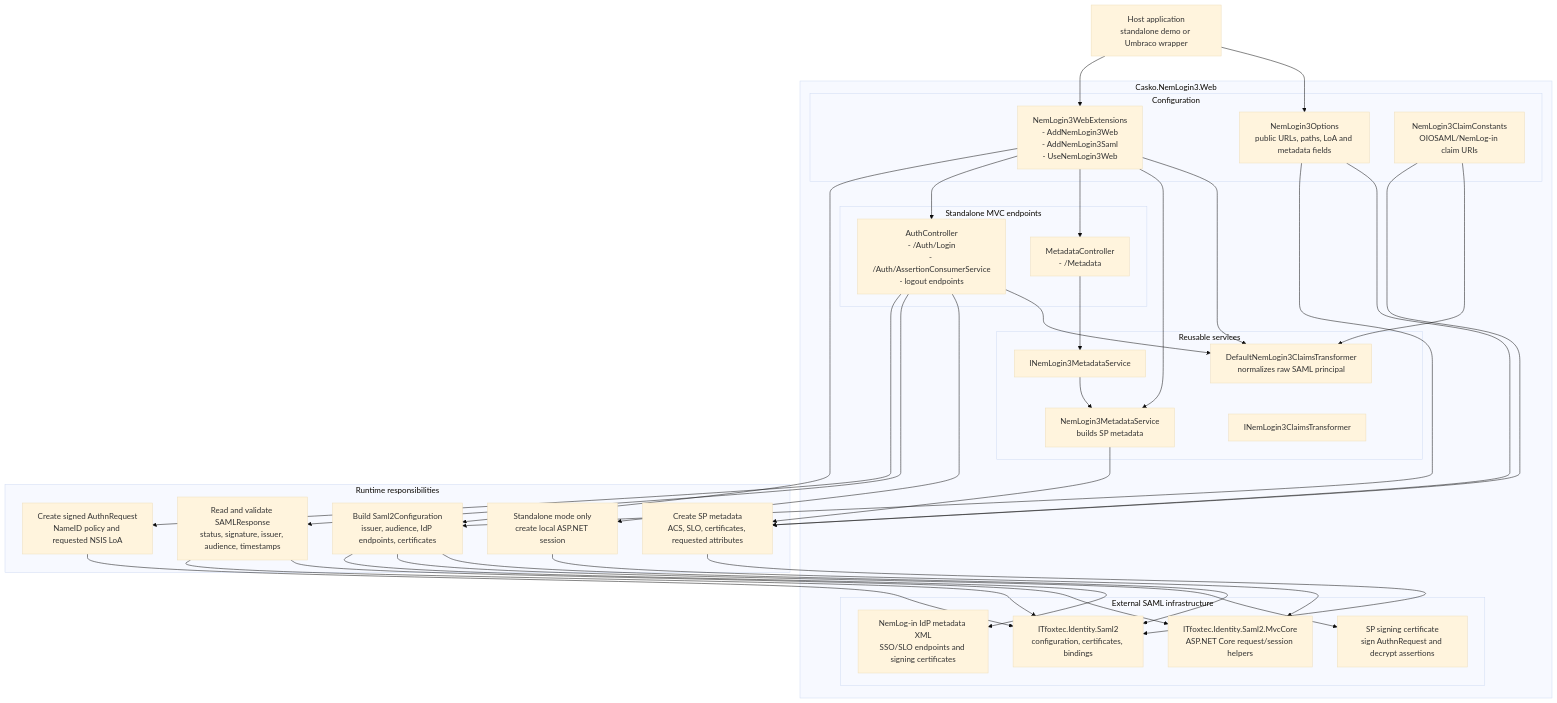
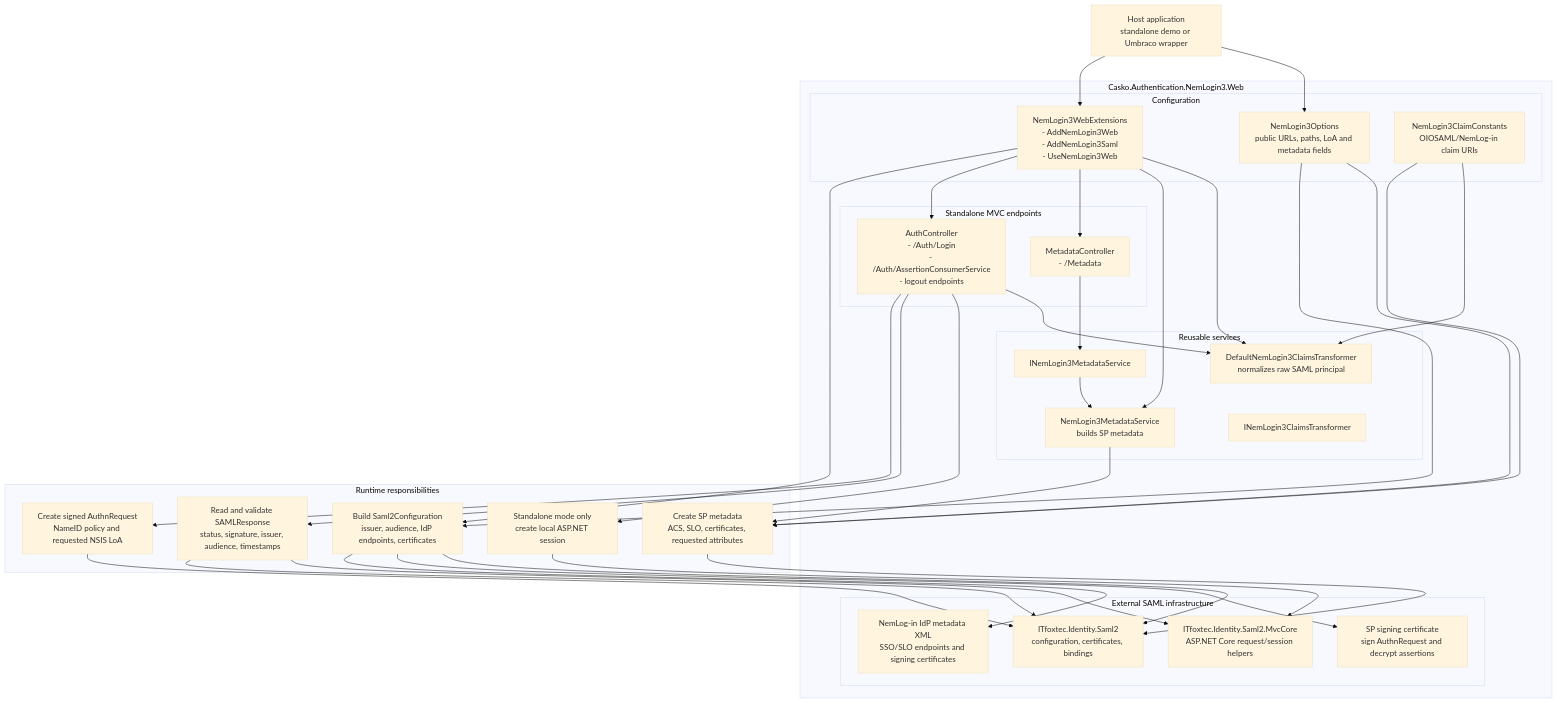
One commit to hallojoe/nemlogin3-for-umbraco changed the diagram in CASKO_NEMLOGIN3_WEB_STRUCTURE.MERMAID.md. Above: the diagram before and after it, drawn with Mermaid (base theme). The commit also changed other lines of this file and 3 other files, not shown here.

Commit message:
Rename `Casko.NemLogin3.Web` to `Casko.Authentication.NemLogin3.Web`.

````diff
--- a/CASKO_NEMLOGIN3_WEB_STRUCTURE.MERMAID.md
+++ b/CASKO_NEMLOGIN3_WEB_STRUCTURE.MERMAID.md
@@ -3,72 +3,72 @@
 ```mermaid
 flowchart TB
     Host["Host application<br/>standalone demo or Umbraco wrapper"]
 
-    subgraph Package["Casko.NemLogin3.Web"]
+    subgraph Package["Casko.Authentication.NemLogin3.Web"]
         subgraph Configuration["Configuration"]
             Extensions["NemLogin3WebExtensions<br/>- AddNemLogin3Web<br/>- AddNemLogin3Saml<br/>- UseNemLogin3Web"]
             Options["NemLogin3Options<br/>public URLs, paths, LoA and metadata fields"]
             ClaimConstants["NemLogin3ClaimConstants<br/>OIOSAML/NemLog-in claim URIs"]
         end
 
         subgraph Controllers["Standalone MVC endpoints"]
             AuthController["AuthController<br/>- /Auth/Login<br/>- /Auth/AssertionConsumerService<br/>- logout endpoints"]
             MetadataController["MetadataController<br/>- /Metadata"]
         end
 
         subgraph Services["Reusable services"]
             MetadataInterface["INemLogin3MetadataService"]
             MetadataService["NemLogin3MetadataService<br/>builds SP metadata"]
             ClaimsInterface["INemLogin3ClaimsTransformer"]
             ClaimsTransformer["DefaultNemLogin3ClaimsTransformer<br/>normalizes raw SAML principal"]
         end
 
         subgraph ExternalLibs["External SAML infrastructure"]
             ItfoxtecCore["ITfoxtec.Identity.Saml2<br/>configuration, certificates, bindings"]
             ItfoxtecMvc["ITfoxtec.Identity.Saml2.MvcCore<br/>ASP.NET Core request/session helpers"]
             IdpMetadata["NemLog-in IdP metadata XML<br/>SSO/SLO endpoints and signing certificates"]
             SigningCert["SP signing certificate<br/>sign AuthnRequest and decrypt assertions"]
         end
     end
 
     subgraph RuntimeResponsibilities["Runtime responsibilities"]
         SamlConfig["Build Saml2Configuration<br/>issuer, audience, IdP endpoints, certificates"]
         AuthnRequest["Create signed AuthnRequest<br/>NameID policy and requested NSIS LoA"]
         ResponseValidation["Read and validate SAMLResponse<br/>status, signature, issuer, audience, timestamps"]
         SessionCreation["Standalone mode only<br/>create local ASP.NET session"]
         MetadataDocument["Create SP metadata<br/>ACS, SLO, certificates, requested attributes"]
     end
 
     Host --> Extensions
     Host --> Options
 
     Extensions --> SamlConfig
     Extensions --> AuthController
     Extensions --> MetadataController
     Extensions --> MetadataService
     Extensions --> ClaimsTransformer
 
     Options --> SamlConfig
     Options --> MetadataDocument
     ClaimConstants --> MetadataDocument
     ClaimConstants --> ClaimsTransformer
 
     AuthController --> AuthnRequest
     AuthController --> ResponseValidation
     AuthController --> SessionCreation
     AuthController --> ClaimsTransformer
 
     MetadataController --> MetadataInterface
     MetadataInterface --> MetadataService
     MetadataService --> MetadataDocument
 
     SamlConfig --> IdpMetadata
     SamlConfig --> SigningCert
     SamlConfig --> ItfoxtecCore
 
     AuthnRequest --> ItfoxtecCore
     ResponseValidation --> ItfoxtecCore
     ResponseValidation --> ItfoxtecMvc
     SessionCreation --> ItfoxtecMvc
     MetadataDocument --> ItfoxtecCore
 ```
````
